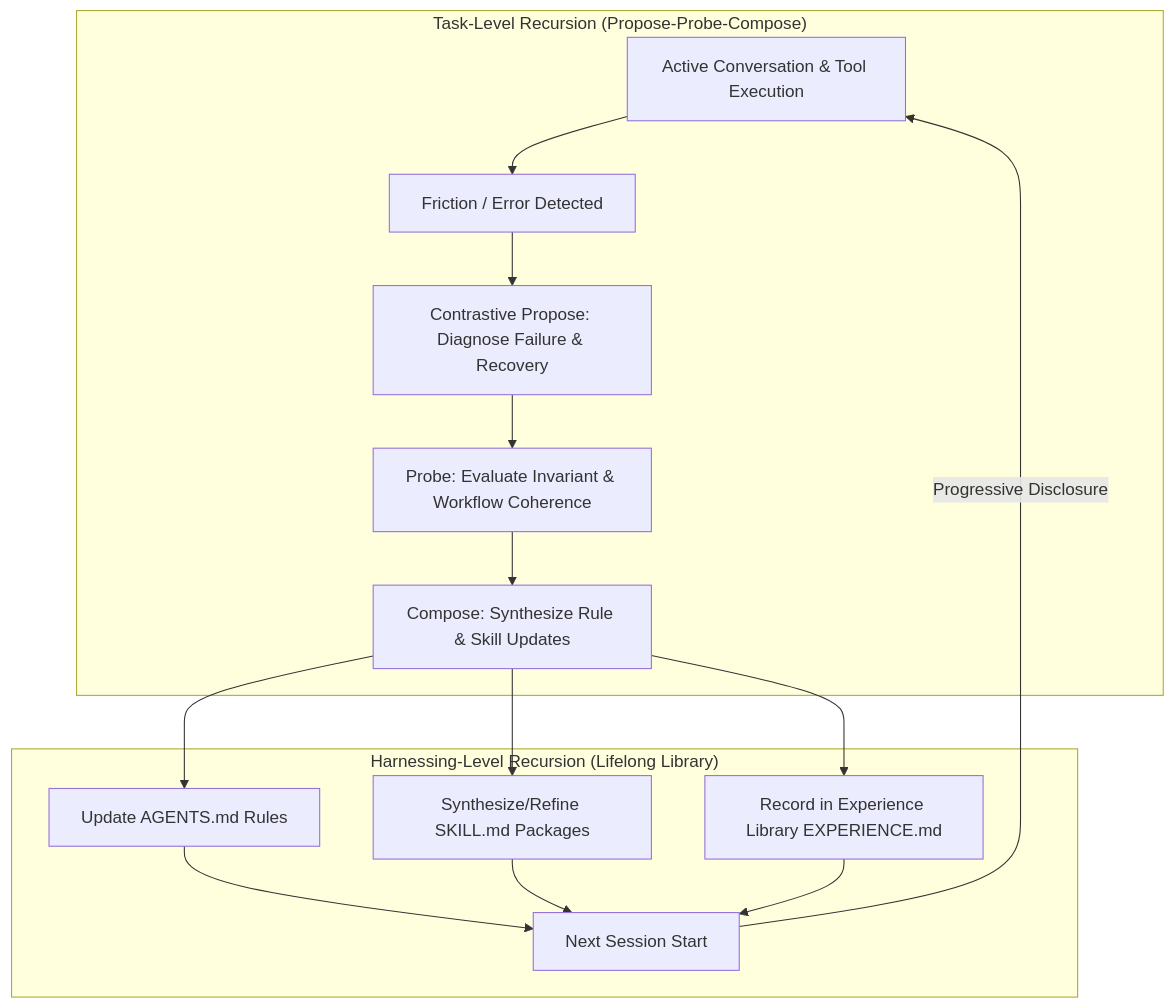
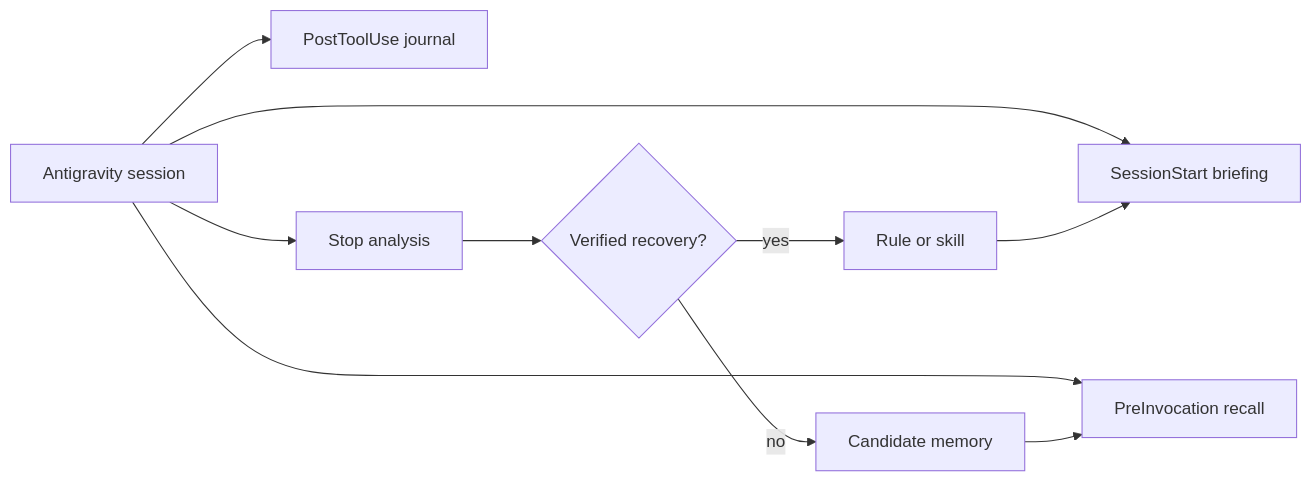
The diagram in README.md (Ai-assistant-KIRA/antigravity-harness), drawn with Mermaid before and after one commit. The commit also changed other lines of this file and 83 other files, not shown here.

````diff
--- a/README.md
+++ b/README.md
@@ -25,19 +90,12 @@
 ```mermaid
-flowchart TD
-    subgraph TaskLevel ["Task-Level Recursion (Propose-Probe-Compose)"]
-        A[Active Conversation & Tool Execution] --> B[Friction / Error Detected]
-        B --> C[Contrastive Propose: Diagnose Failure & Recovery]
-        C --> D[Probe: Evaluate Invariant & Workflow Coherence]
-        D --> E[Compose: Synthesize Rule & Skill Updates]
-    end
-
-    subgraph HarnessingLevel ["Harnessing-Level Recursion (Lifelong Library)"]
-        E --> F[Update AGENTS.md Rules]
-        E --> G[Synthesize/Refine SKILL.md Packages]
-        E --> H[Record in Experience Library EXPERIENCE.md]
-        F --> I[Next Session Start]
-        G --> I
-        H --> I
-        I -->|Progressive Disclosure| A
-    end
+flowchart LR
+    A[Antigravity session] --> B[SessionStart briefing]
+    A --> C[PreInvocation recall]
+    A --> D[PostToolUse journal]
+    A --> E[Stop analysis]
+    E --> F{Verified recovery?}
+    F -->|yes| G[Rule or skill]
+    F -->|no| H[Candidate memory]
+    G --> B
+    H --> C
 ```
````
